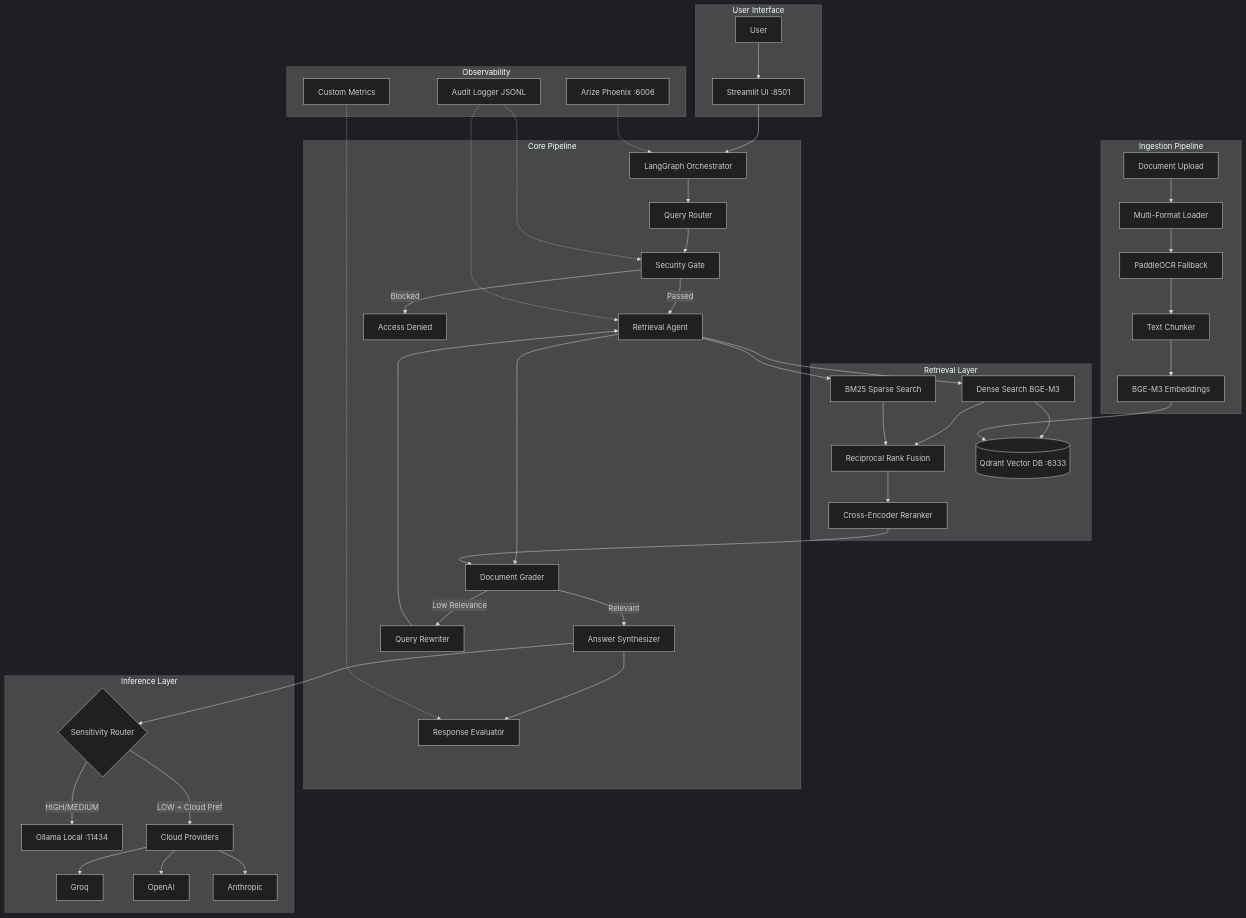
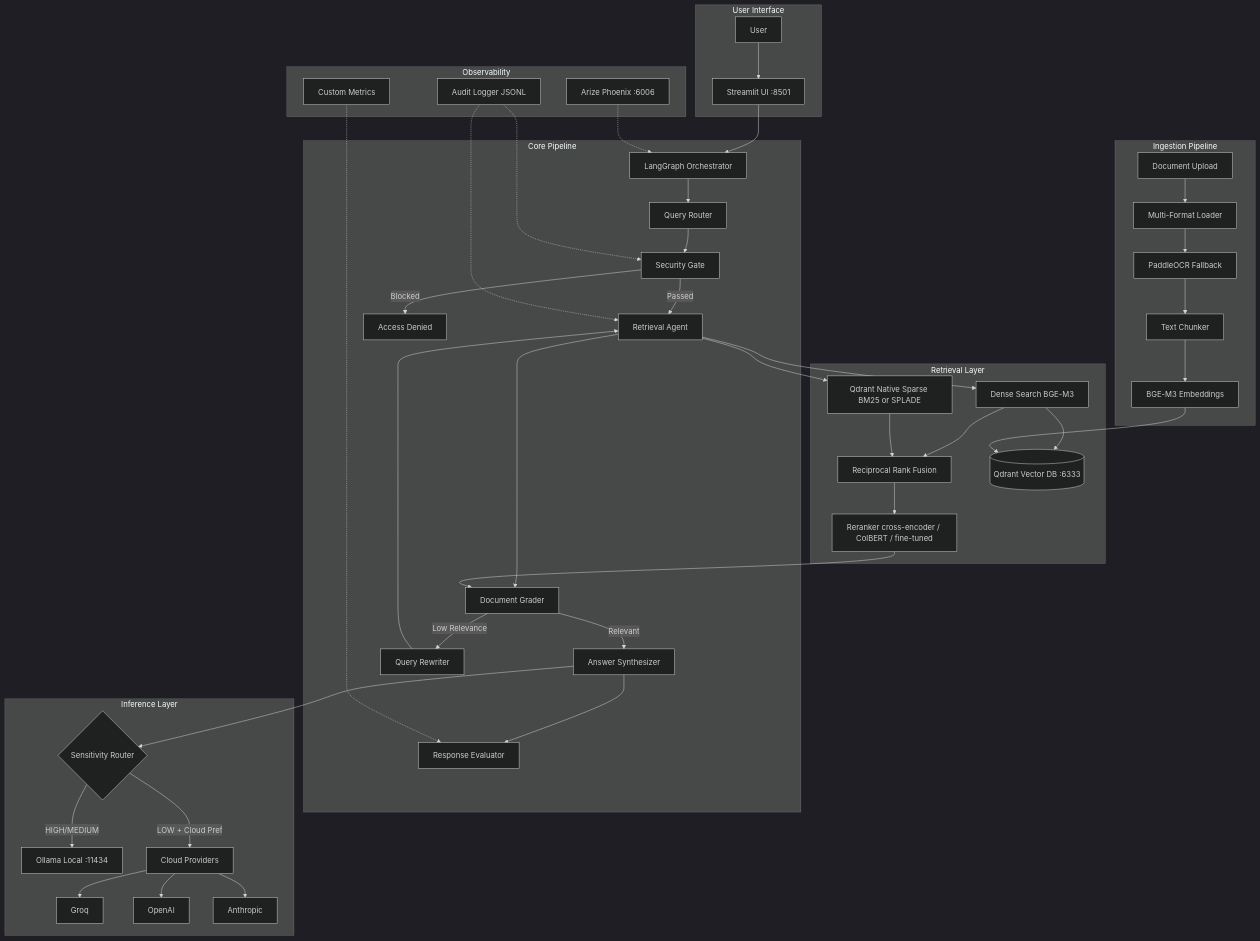
The first of 2 diagrams in README.md (moazmo/secureagentrag), drawn with Mermaid (dark theme) before and after one commit. The commit also changed other lines of this file and 2 other files, not shown here.

````diff
--- a/README.md
+++ b/README.md
@@ -75,53 +76,53 @@
 ```mermaid
 graph TB
     subgraph User Interface
         User[User] --> Streamlit[Streamlit UI :8501]
     end
 
     subgraph Core Pipeline
         Streamlit --> Graph[LangGraph Orchestrator]
         Graph --> Router[Query Router]
         Router --> Security[Security Gate]
         Security -->|Passed| Retriever[Retrieval Agent]
         Security -->|Blocked| Blocked[Access Denied]
         Retriever --> Grader[Document Grader]
         Grader -->|Relevant| Synthesizer[Answer Synthesizer]
         Grader -->|Low Relevance| Rewriter[Query Rewriter]
         Rewriter --> Retriever
         Synthesizer --> Evaluator[Response Evaluator]
     end
 
     subgraph Retrieval Layer
         Retriever --> Dense[Dense Search BGE-M3]
-        Retriever --> Sparse[BM25 Sparse Search]
+        Retriever --> Sparse[Qdrant Native Sparse BM25 or SPLADE]
         Dense --> RRF[Reciprocal Rank Fusion]
         Sparse --> RRF
-        RRF --> Reranker[Cross-Encoder Reranker]
+        RRF --> Reranker[Reranker cross-encoder / ColBERT / fine-tuned]
         Reranker --> Grader
         Dense --> Qdrant[(Qdrant Vector DB :6333)]
     end
 
     subgraph Inference Layer
         Synthesizer --> InfRouter{Sensitivity Router}
         InfRouter -->|HIGH/MEDIUM| Ollama[Ollama Local :11434]
         InfRouter -->|LOW + Cloud Pref| Cloud[Cloud Providers]
         Cloud --> Groq[Groq]
         Cloud --> OpenAI[OpenAI]
         Cloud --> Anthropic[Anthropic]
     end
 
     subgraph Ingestion Pipeline
         Upload[Document Upload] --> Loader[Multi-Format Loader]
         Loader --> OCR[PaddleOCR Fallback]
         OCR --> Chunker[Text Chunker]
         Chunker --> Embedder[BGE-M3 Embeddings]
         Embedder --> Qdrant
     end
 
     subgraph Observability
         Phoenix[Arize Phoenix :6006] -.-> Graph
         AuditLog[Audit Logger JSONL] -.-> Security
         AuditLog -.-> Retriever
         Metrics[Custom Metrics] -.-> Evaluator
     end
 ```
````
